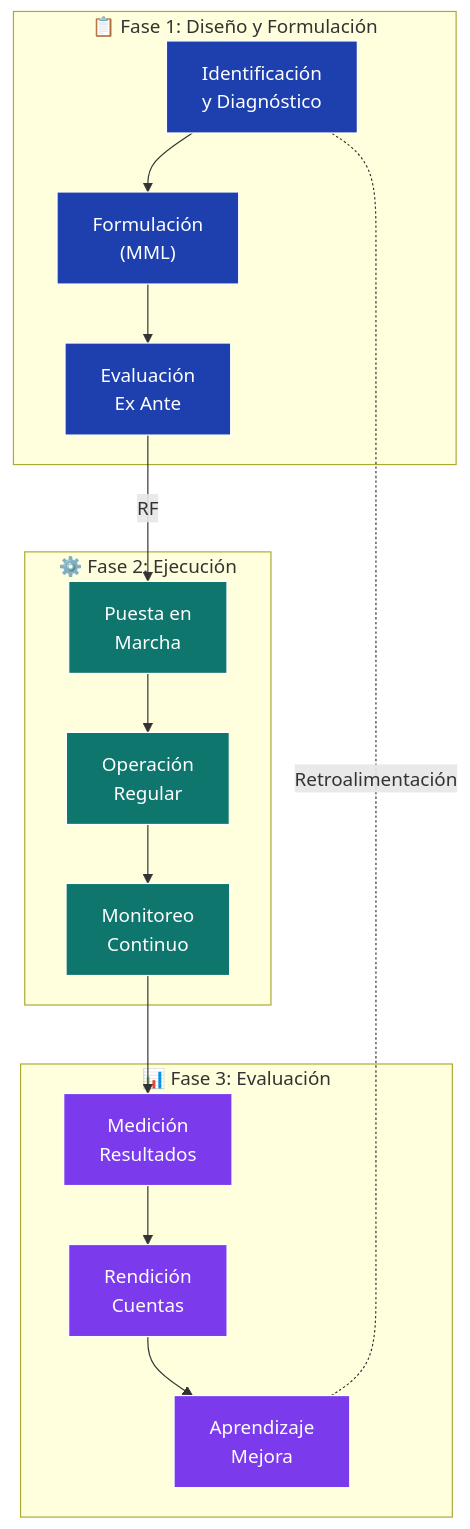
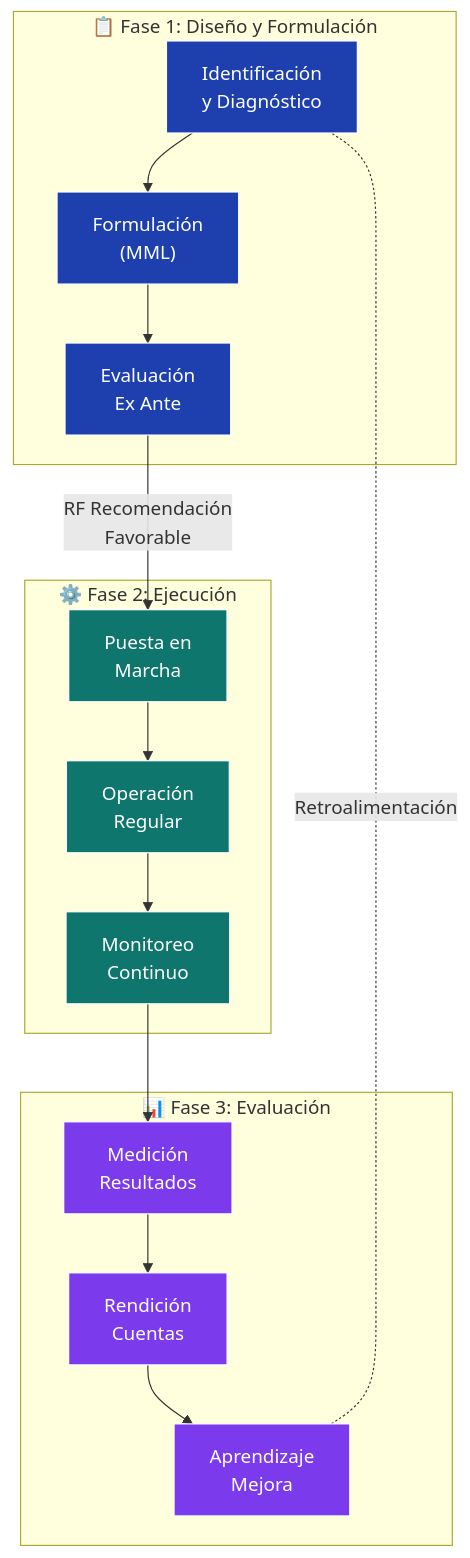
Before and after one commit to felix-antonio-sl/gorenuble: diagram 14 of 26 in knowledge/domains/gn/models/omega_gore_nuble_mermaid.md, drawn with Mermaid. The commit also changed other lines of this file and 2 other files, not shown here.

````diff
--- a/knowledge/domains/gn/models/omega_gore_nuble_mermaid.md
+++ b/knowledge/domains/gn/models/omega_gore_nuble_mermaid.md
@@ -1043,34 +1149,34 @@
 ```mermaid
 flowchart TB
     subgraph F1["📋 Fase 1: Diseño y Formulación"]
         F1A["Identificación<br/>y Diagnóstico"]
         F1B["Formulación<br/>(MML)"]
         F1C["Evaluación<br/>Ex Ante"]
     end
     
     subgraph F2["⚙️ Fase 2: Ejecución"]
         F2A["Puesta en<br/>Marcha"]
         F2B["Operación<br/>Regular"]
         F2C["Monitoreo<br/>Continuo"]
     end
     
     subgraph F3["📊 Fase 3: Evaluación"]
         F3A["Medición<br/>Resultados"]
         F3B["Rendición<br/>Cuentas"]
         F3C["Aprendizaje<br/>Mejora"]
     end
     
     F1A --> F1B --> F1C
-    F1C -->|RF| F2A
+    F1C -->|RF Recomendación<br/>Favorable| F2A
     F2A --> F2B --> F2C
     F2C --> F3A --> F3B --> F3C
     F3C -.-|Retroalimentación| F1A
     
     classDef fase1 fill:#1e40af,stroke:#fff,color:#fff
     classDef fase2 fill:#0f766e,stroke:#fff,color:#fff
     classDef fase3 fill:#7c3aed,stroke:#fff,color:#fff
     
     class F1A,F1B,F1C fase1
     class F2A,F2B,F2C fase2
     class F3A,F3B,F3C fase3
 ```
````
